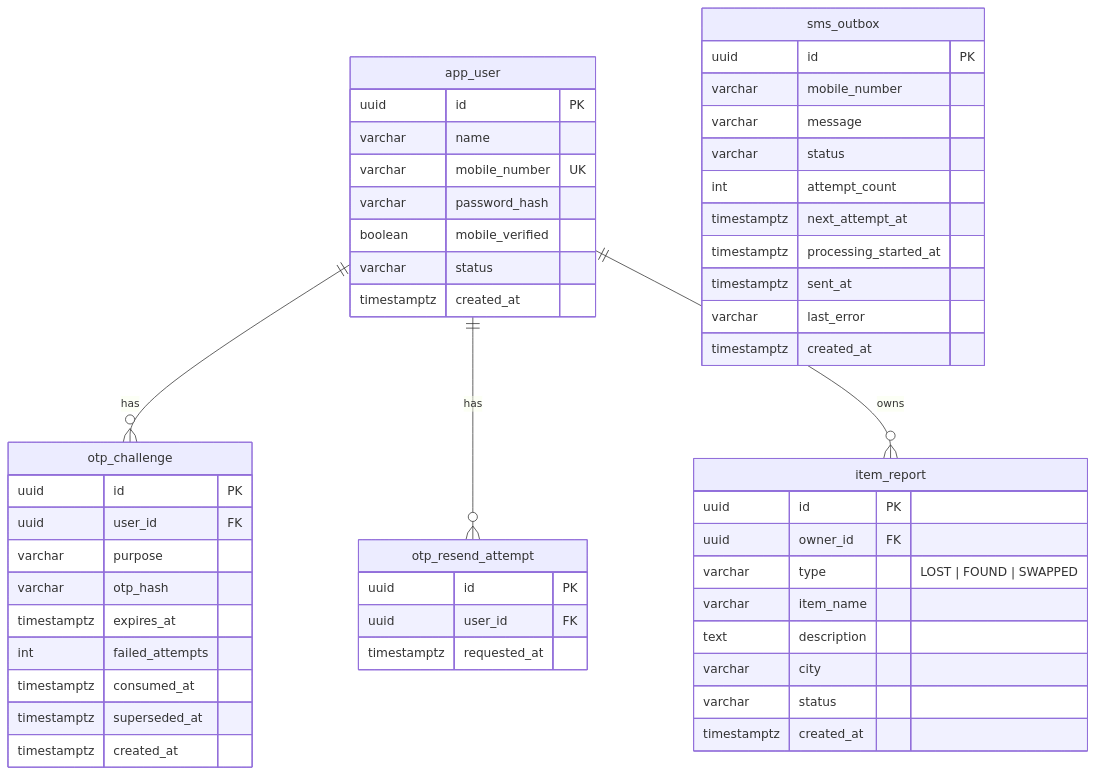
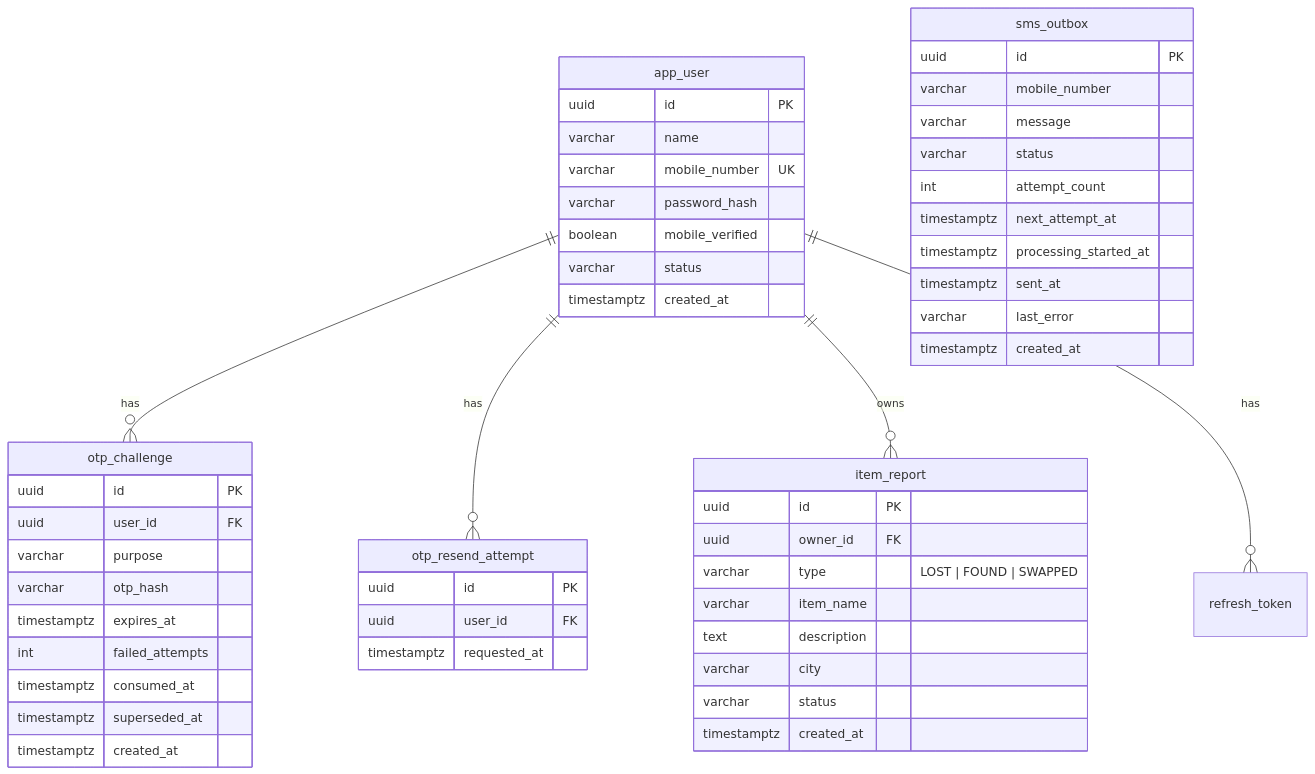
One commit to murali590/milaavo changed the diagram in docs/design/02-data-model.md. Above: the diagram before and after it, drawn with Mermaid. The commit also changed other lines of this file and 8 other files, not shown here.

Commit message:
Document refresh tokens, session flow and new gaps

````diff
--- a/docs/design/02-data-model.md
+++ b/docs/design/02-data-model.md
@@ -7,53 +7,54 @@
 ```mermaid
 erDiagram
     app_user ||--o{ otp_challenge : "has"
     app_user ||--o{ otp_resend_attempt : "has"
     app_user ||--o{ item_report : "owns"
+    app_user ||--o{ refresh_token : "has"
     app_user {
         uuid id PK
         varchar name
         varchar mobile_number UK
         varchar password_hash
         boolean mobile_verified
         varchar status
         timestamptz created_at
     }
     otp_challenge {
         uuid id PK
         uuid user_id FK
         varchar purpose
         varchar otp_hash
         timestamptz expires_at
         int failed_attempts
         timestamptz consumed_at
         timestamptz superseded_at
         timestamptz created_at
     }
     otp_resend_attempt {
         uuid id PK
         uuid user_id FK
         timestamptz requested_at
     }
     sms_outbox {
         uuid id PK
         varchar mobile_number
         varchar message
         varchar status
         int attempt_count
         timestamptz next_attempt_at
         timestamptz processing_started_at
         timestamptz sent_at
         varchar last_error
         timestamptz created_at
     }
     item_report {
         uuid id PK
         uuid owner_id FK
         varchar type "LOST | FOUND | SWAPPED"
         varchar item_name
         text description
         varchar city
         varchar status
         timestamptz created_at
     }
 ```
````
